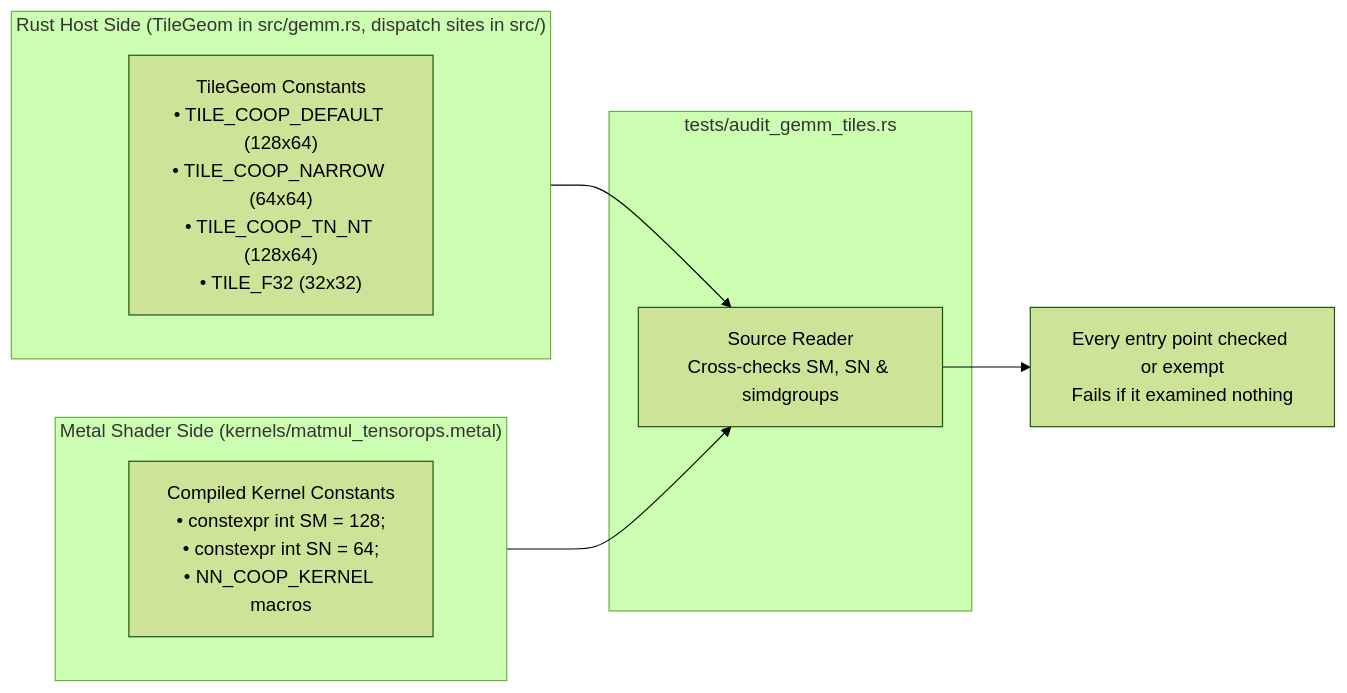
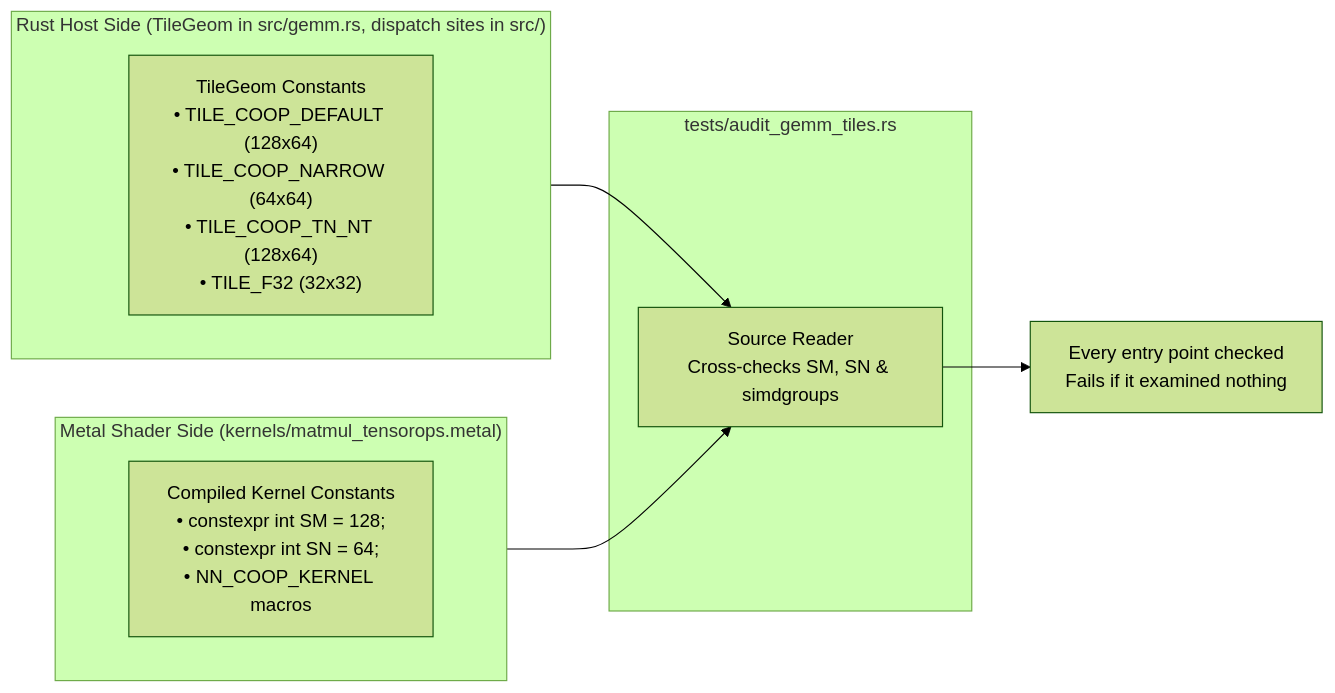
Before and after one commit to bharathvbcr/tessl: the second of 4 diagrams in docs/verification.md, drawn with Mermaid (forest theme). The commit also changed other lines of this file and 10 other files, not shown here.

Commit message:
hosted CI: exact manifest counts, src/bin unit tests, completeness check wired in, no EXEMPT list, TESSL_HOSTED fails a skipped metallib cross-check

````diff
--- a/docs/verification.md
+++ b/docs/verification.md
@@ -32,18 +32,18 @@
 ```mermaid
 flowchart LR
     subgraph RustLand["Rust Host Side (TileGeom in src/gemm.rs, dispatch sites in src/)"]
         TileDef["TileGeom Constants<br/>• TILE_COOP_DEFAULT (128x64)<br/>• TILE_COOP_NARROW (64x64)<br/>• TILE_COOP_TN_NT (128x64)<br/>• TILE_F32 (32x32)"]
     end
 
     subgraph Script["tests/audit_gemm_tiles.rs"]
         Extractor["Source Reader<br/>Cross-checks SM, SN &amp; simdgroups"]
     end
 
     subgraph MetalLand["Metal Shader Side (kernels/matmul_tensorops.metal)"]
         ShaderDef["Compiled Kernel Constants<br/>• constexpr int SM = 128;<br/>• constexpr int SN = 64;<br/>• NN_COOP_KERNEL macros"]
     end
 
     RustLand --> Extractor
     MetalLand --> Extractor
-    Extractor --> Pass["Every entry point checked or exempt<br/>Fails if it examined nothing"]
+    Extractor --> Pass["Every entry point checked<br/>Fails if it examined nothing"]
 ```
````
